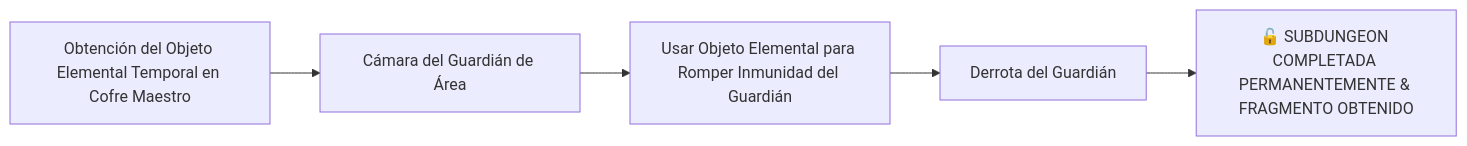
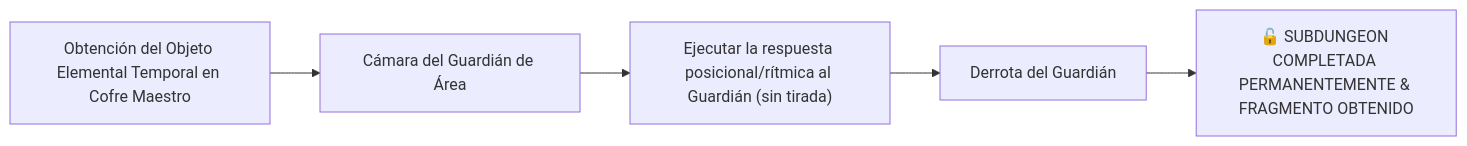
One commit to linkmati/ShivathLyss changed the diagram in 7 - DM/OneShots/!RogueZeldaRepeat/First Take/04-Encuentros_y_Guardianes.md. Above: the diagram before and after it, drawn with Mermaid. The commit also changed other lines of this file and 98 other files, not shown here.

````diff
--- a/7 - DM/OneShots/!RogueZeldaRepeat/First Take/04-Encuentros_y_Guardianes.md
+++ b/7 - DM/OneShots/!RogueZeldaRepeat/First Take/04-Encuentros_y_Guardianes.md
@@ -14,7 +14,7 @@
 ```mermaid
 flowchart LR
     A["Obtención del Objeto Elemental Temporal en Cofre Maestro"] --> B["Cámara del Guardián de Área"]
-    B --> C["Usar Objeto Elemental para Romper Inmunidad del Guardián"]
+    B --> C["Ejecutar la respuesta posicional/rítmica al Guardián (sin tirada)"]
     C --> D["Derrota del Guardián"]
     D --> E["🔓 SUBDUNGEON COMPLETADA PERMANENTEMENTE & FRAGMENTO OBTENIDO"]
 ```
````
